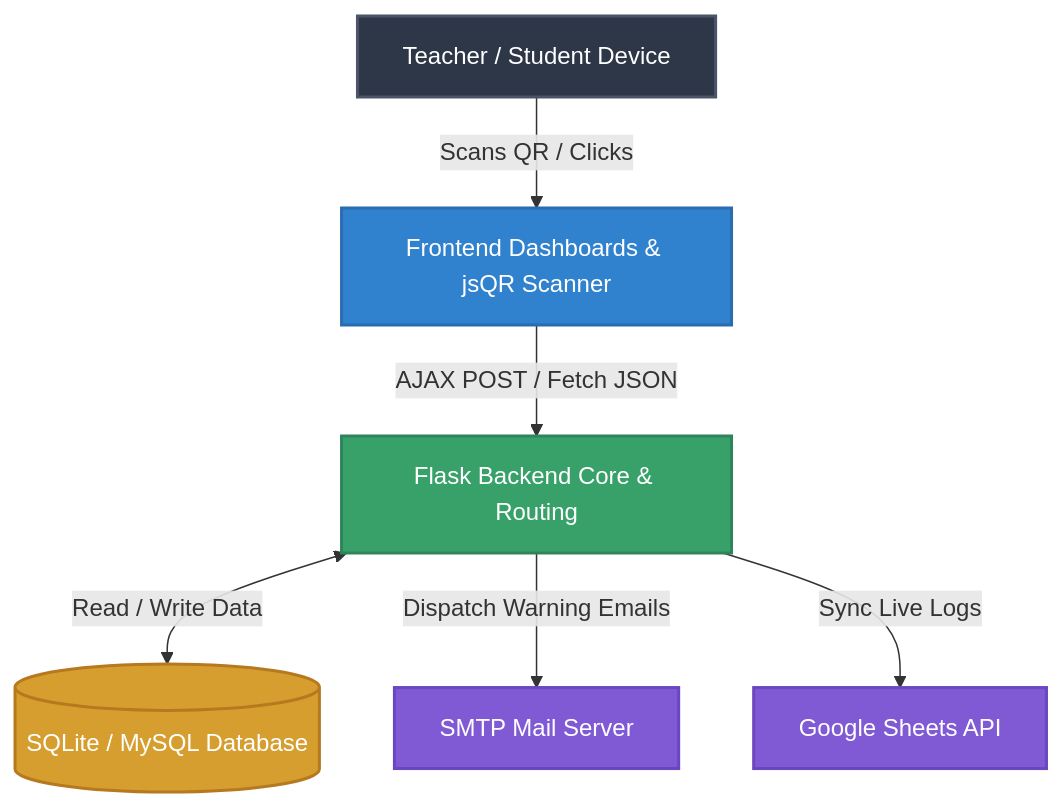
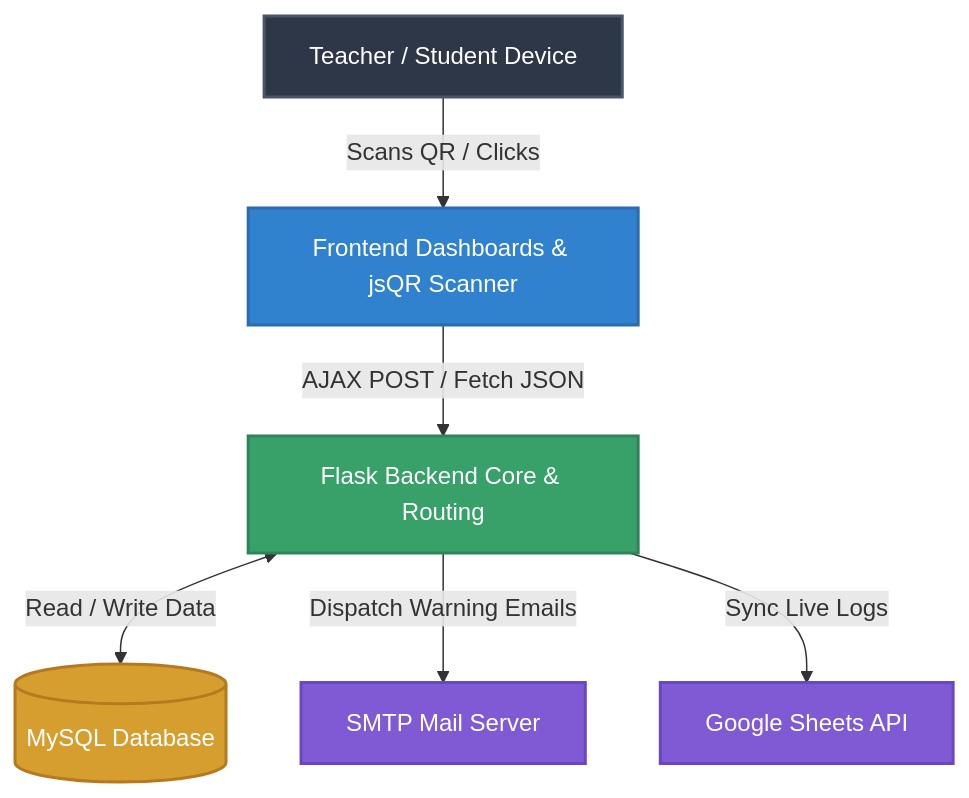
The diagram in README.md (satyanarayana5403/student-attendance-portal), drawn with Mermaid before and after one commit. The commit also changed other lines of this file and 32 other files, not shown here.

````diff
--- a/README.md
+++ b/README.md
@@ -40,21 +40,21 @@
 ```mermaid
 graph TD
     classDef client fill:#2D3748,stroke:#4A5568,stroke-width:2px,color:#fff
     classDef frontend fill:#3182CE,stroke:#2B6CB0,stroke-width:2px,color:#fff
     classDef backend fill:#38A169,stroke:#2F855A,stroke-width:2px,color:#fff
     classDef database fill:#D69E2E,stroke:#B7791F,stroke-width:2px,color:#fff
     classDef external fill:#805AD5,stroke:#6B46C1,stroke-width:2px,color:#fff
     
     Client["Teacher / Student Device"]:::client
     UI["Frontend Dashboards & jsQR Scanner"]:::frontend
     API["Flask Backend Core & Routing"]:::backend
-    DB[("SQLite / MySQL Database")]:::database
+    DB[("MySQL Database")]:::database
     ExtSMTP["SMTP Mail Server"]:::external
     ExtSheet["Google Sheets API"]:::external
     
     Client -->|Scans QR / Clicks| UI
     UI -->|AJAX POST / Fetch JSON| API
     API <-->|Read / Write Data| DB
     API -->|Dispatch Warning Emails| ExtSMTP
     API -->|Sync Live Logs| ExtSheet
 ```
````
